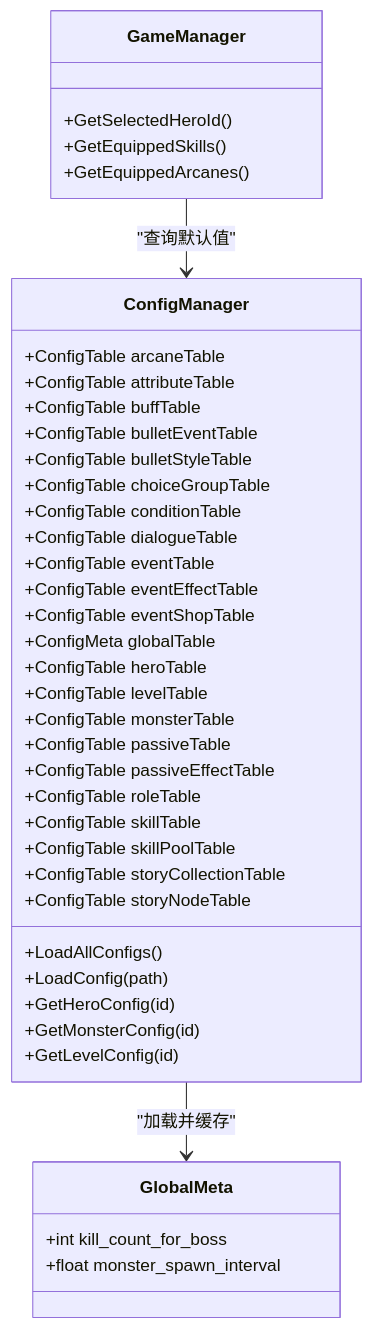
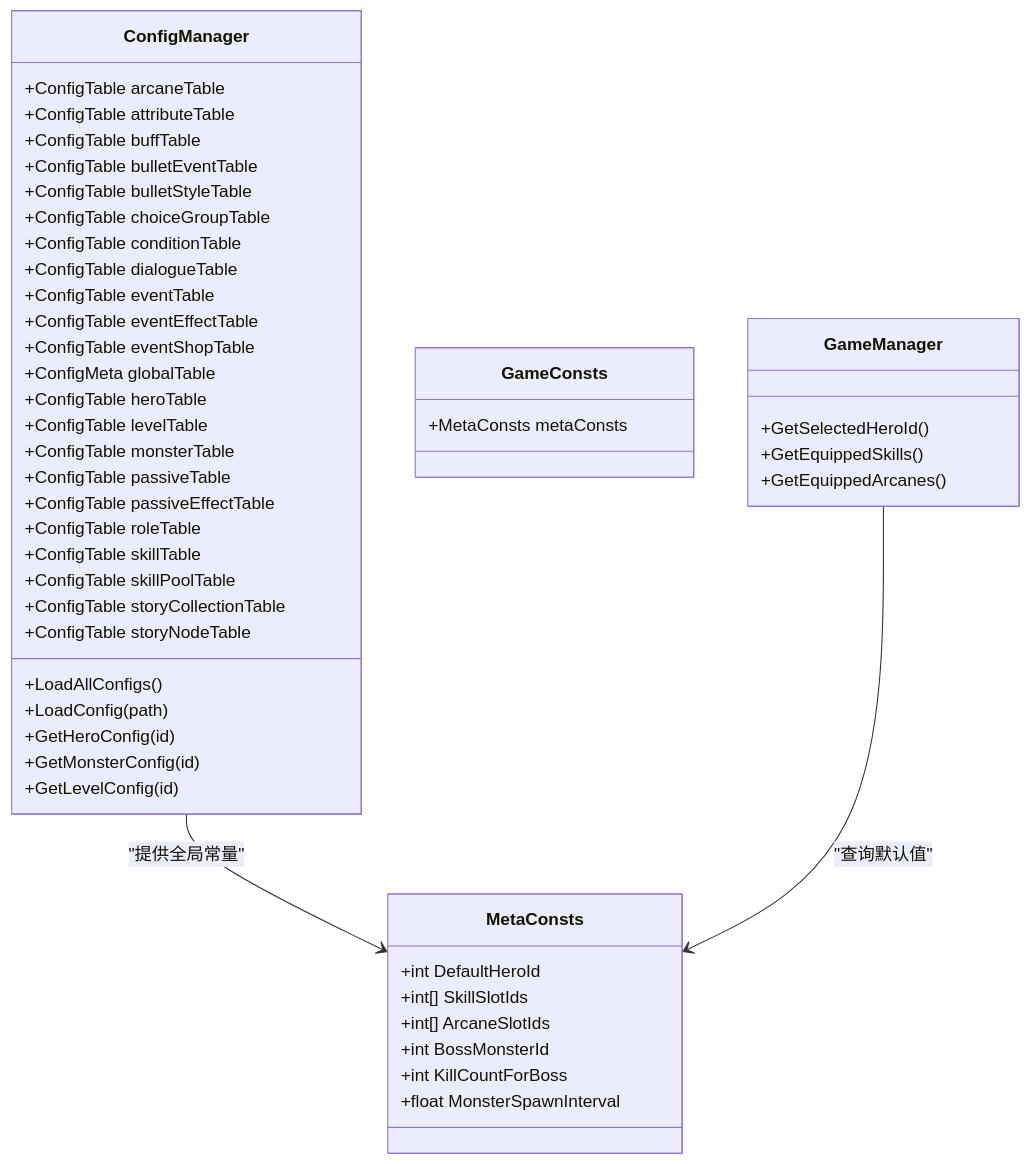
Before and after one commit to Tuusen/p1_client: the third of 5 diagrams in .qoder/repowiki/zh/content/配置管理系统/配置文件类型/全局配置文件.md, drawn with Mermaid. The commit also changed other lines of this file and 14 other files, not shown here.

````diff
--- a/.qoder/repowiki/zh/content/配置管理系统/配置文件类型/全局配置文件.md
+++ b/.qoder/repowiki/zh/content/配置管理系统/配置文件类型/全局配置文件.md
@@ -142,43 +169,50 @@
 ```mermaid
 classDiagram
 class ConfigManager {
 +ConfigTable<ArcaneConfig, ArcaneMeta> arcaneTable
 +ConfigTable<AttributeConfig> attributeTable
 +ConfigTable<BuffConfig> buffTable
 +ConfigTable<BulletEventConfig> bulletEventTable
 +ConfigTable<BulletStyleConfig> bulletStyleTable
 +ConfigTable<ChoiceGroupConfig> choiceGroupTable
 +ConfigTable<ConditionConfig> conditionTable
 +ConfigTable<DialogueConfig> dialogueTable
 +ConfigTable<EventConfig> eventTable
 +ConfigTable<EventEffectConfig> eventEffectTable
 +ConfigTable<EventShopConfig> eventShopTable
 +ConfigMeta<GlobalMeta> globalTable
 +ConfigTable<HeroConfig, HeroMeta> heroTable
 +ConfigTable<LevelConfig> levelTable
 +ConfigTable<MonsterConfig, MonsterMeta> monsterTable
 +ConfigTable<PassiveConfig> passiveTable
 +ConfigTable<PassiveEffectConfig> passiveEffectTable
 +ConfigTable<RoleConfig> roleTable
 +ConfigTable<SkillConfig, SkillMeta> skillTable
 +ConfigTable<SkillPoolConfig> skillPoolTable
 +ConfigTable<StoryCollectionConfig> storyCollectionTable
 +ConfigTable<StoryNodeConfig> storyNodeTable
 +LoadAllConfigs()
 +LoadConfig(path)
 +GetHeroConfig(id)
 +GetMonsterConfig(id)
 +GetLevelConfig(id)
 }
-class GlobalMeta {
-+int kill_count_for_boss
-+float monster_spawn_interval
+class GameConsts {
++MetaConsts metaConsts
+}
+class MetaConsts {
++int DefaultHeroId
++int[] SkillSlotIds
++int[] ArcaneSlotIds
++int BossMonsterId
++int KillCountForBoss
++float MonsterSpawnInterval
 }
 class GameManager {
 +GetSelectedHeroId()
 +GetEquippedSkills()
 +GetEquippedArcanes()
 }
-ConfigManager --> GlobalMeta : "加载并缓存"
-GameManager --> ConfigManager : "查询默认值"
+ConfigManager --> MetaConsts : "提供全局常量"
+GameManager --> MetaConsts : "查询默认值"
 ```
````
